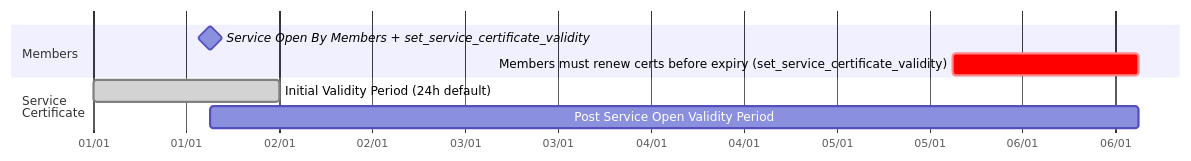
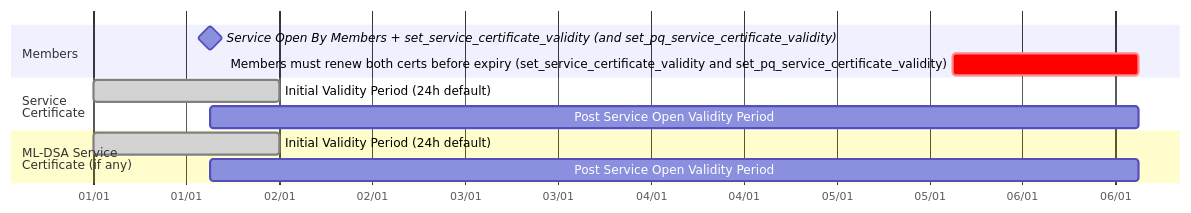
One commit to microsoft/CCF changed the second of 2 diagrams in doc/operations/certificates.rst. Above: the diagram before and after it, drawn with Mermaid. The commit also changed other lines of this file and 31 other files, not shown here.

First line of the commit message:
Create PQ service cert when starting or recovering with OpenSSL 3.5

```diff
--- a/doc/operations/certificates.rst
+++ b/doc/operations/certificates.rst
@@ -66,15 +72,19 @@
 .. mermaid::
 
     gantt
 
     dateFormat  MM-DD/HH:mm
     axisFormat  %d/%m
     todayMarker off
 
     section Members
-    Service Open By Members + set_service_certificate_validity :milestone, 01-01/15:00, 0d
-    Members must renew certs before expiry (set_service_certificate_validity)              :crit, 01-05/15:00, 1d
+    Service Open By Members + set_service_certificate_validity (and set_pq_service_certificate_validity) :milestone, 01-01/15:00, 0d
+    Members must renew both certs before expiry (set_service_certificate_validity and set_pq_service_certificate_validity)              :crit, 01-05/15:00, 1d
 
     section Service <br> Certificate
     Initial Validity Period (24h default): done, 01-01/00:00, 1d
     Post Service Open Validity Period    : 01-01/15:00, 5d
+
+    section ML-DSA Service <br> Certificate (if any)
+    Initial Validity Period (24h default): done, 01-01/00:00, 1d
+    Post Service Open Validity Period    : 01-01/15:00, 5d
```
